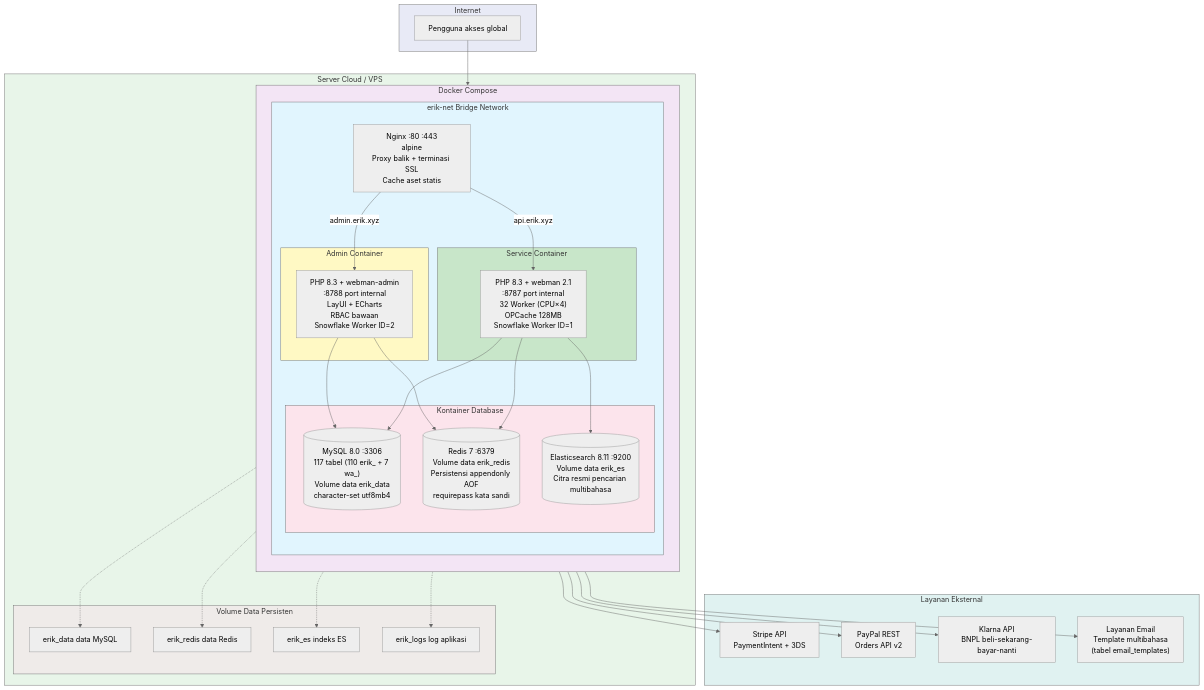
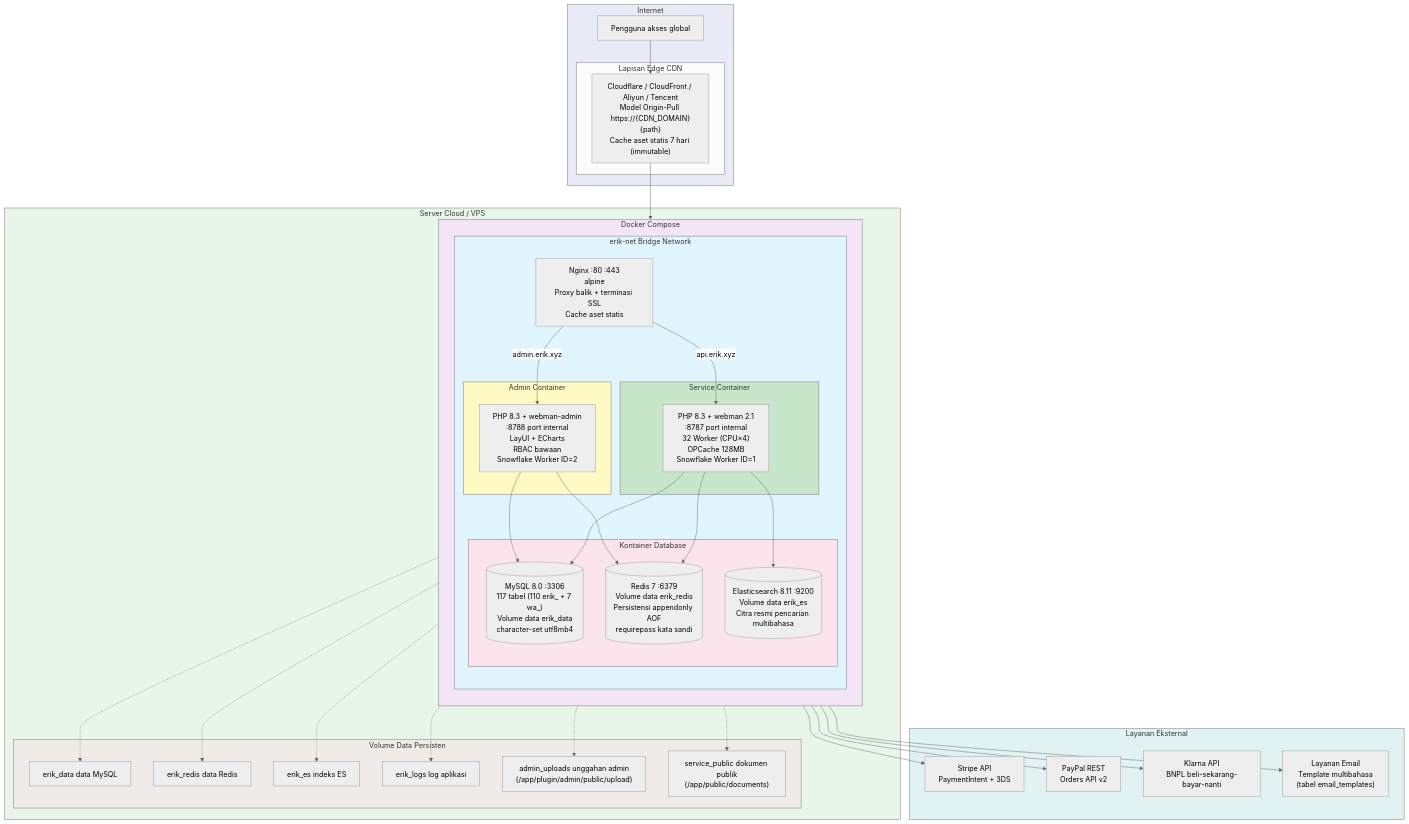
Before and after one commit to erikwang2013/erik-shop: the diagram in docs/i18n/id/diagrams/06-deployment-architecture.mmd, drawn with Mermaid (neutral theme). The commit also changed 191 other files, not shown here.

First line of the commit message:
v1.2.0：CDN 内容分发接入（Origin-Pull 回源 + 四大云厂商适配 + 管理端配置/刷新/日志 + 上传持久化 + 全文档与12语言i18n同步 + Crypto 捐赠图文入库）

```diff
--- a/docs/i18n/id/diagrams/06-deployment-architecture.mmd
+++ b/docs/i18n/id/diagrams/06-deployment-architecture.mmd
@@ -1,71 +1,80 @@
 graph TB
     subgraph Internet["Internet"]
         User["Pengguna akses global"]
+
+        subgraph CDN["Lapisan Edge CDN"]
+            CDN_EDGE["Cloudflare / CloudFront / Aliyun / Tencent<br/>Model Origin-Pull https://{CDN_DOMAIN}{path}<br/>Cache aset statis 7 hari (immutable)"]
+        end
     end
 
     subgraph VPS["Server Cloud / VPS"]
         subgraph Docker["Docker Compose"]
             direction TB
 
             subgraph Net["erik-net Bridge Network"]
                 direction TB
 
                 NGX["Nginx :80 :443<br/>alpine<br/>Proxy balik + terminasi SSL<br/>Cache aset statis"]
 
                 subgraph PHP_Service["Service Container"]
                     SVC["PHP 8.3 + webman 2.1<br/>:8787 port internal<br/>32 Worker (CPU×4)<br/>OPCache 128MB<br/>Snowflake Worker ID=1"]
                 end
 
                 subgraph PHP_Admin["Admin Container"]
                     ADM["PHP 8.3 + webman-admin<br/>:8788 port internal<br/>LayUI + ECharts<br/>RBAC bawaan<br/>Snowflake Worker ID=2"]
                 end
 
                 subgraph DB["Kontainer Database"]
                     MYSQL[("MySQL 8.0 :3306<br/>117 tabel (110 erik_ + 7 wa_)<br/>Volume data erik_data<br/>character-set utf8mb4")]
                     REDIS[("Redis 7 :6379<br/>Volume data erik_redis<br/>Persistensi appendonly AOF<br/>requirepass kata sandi")]
                     ES[("Elasticsearch 8.11 :9200<br/>Volume data erik_es<br/>Citra resmi pencarian multibahasa")]
                 end
             end
         end
 
         subgraph Volumes["Volume Data Persisten"]
             V1["erik_data data MySQL"]
             V2["erik_redis data Redis"]
             V3["erik_es indeks ES"]
             V4["erik_logs log aplikasi"]
+            V5["admin_uploads unggahan admin<br/>(/app/plugin/admin/public/upload)"]
+            V6["service_public dokumen publik<br/>(/app/public/documents)"]
         end
     end
 
     subgraph External["Layanan Eksternal"]
         Stripe["Stripe API<br/>PaymentIntent + 3DS"]
         PayPal["PayPal REST<br/>Orders API v2"]
         Klarna["Klarna API<br/>BNPL beli-sekarang-bayar-nanti"]
         SMTP["Layanan Email<br/>Template multibahasa<br/>(tabel email_templates)"]
     end
 
-    User --> NGX
+    User --> CDN_EDGE
+    CDN_EDGE --> NGX
     NGX -->|api.erik.xyz| SVC
     NGX -->|admin.erik.xyz| ADM
     SVC --> MYSQL
     SVC --> REDIS
     SVC --> ES
     SVC --> Stripe
     SVC --> PayPal
     SVC --> Klarna
     SVC --> SMTP
     ADM --> MYSQL
     ADM --> REDIS
     MYSQL -.-> V1
     REDIS -.-> V2
     ES -.-> V3
     SVC -.-> V4
+    SVC -.-> V6
+    ADM -.-> V5
 
     style Internet fill:#e8eaf6
     style VPS fill:#e8f5e9
     style Docker fill:#f3e5f5
     style Net fill:#e1f5fe
     style PHP_Service fill:#c8e6c9
     style PHP_Admin fill:#fff9c4
     style DB fill:#fce4ec
     style Volumes fill:#efebe9
     style External fill:#e0f2f1
```
